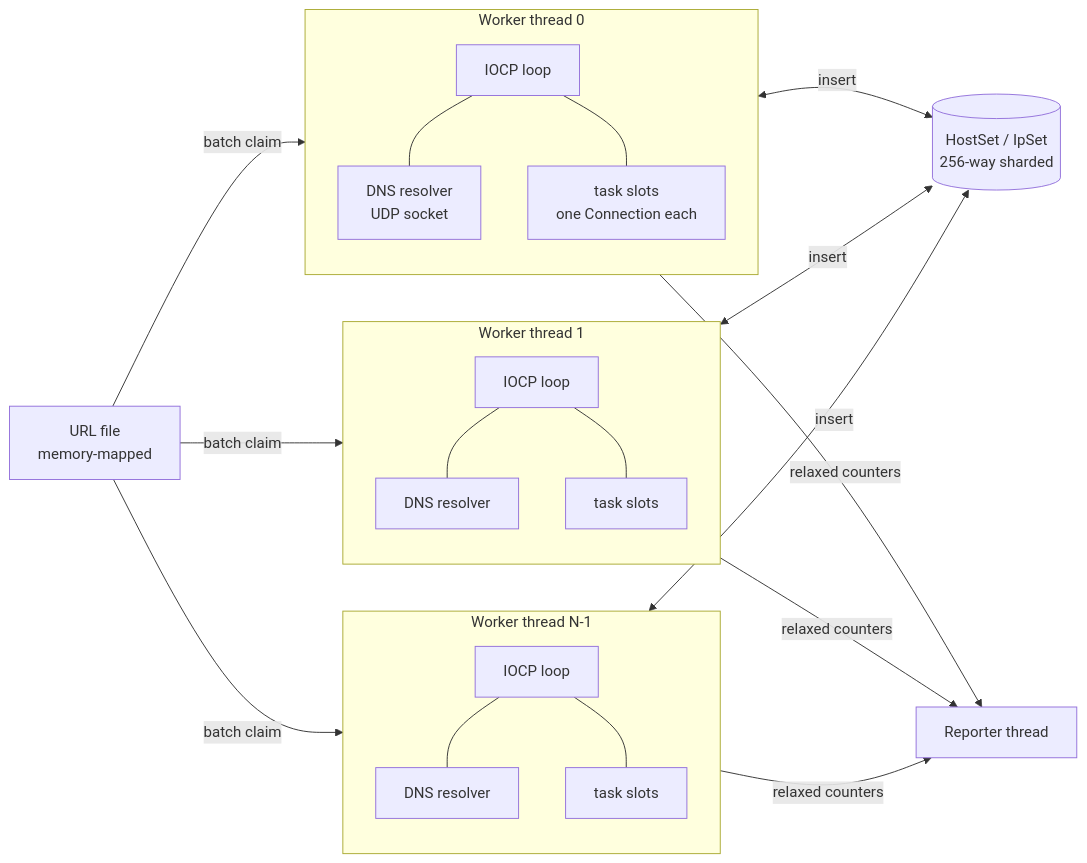
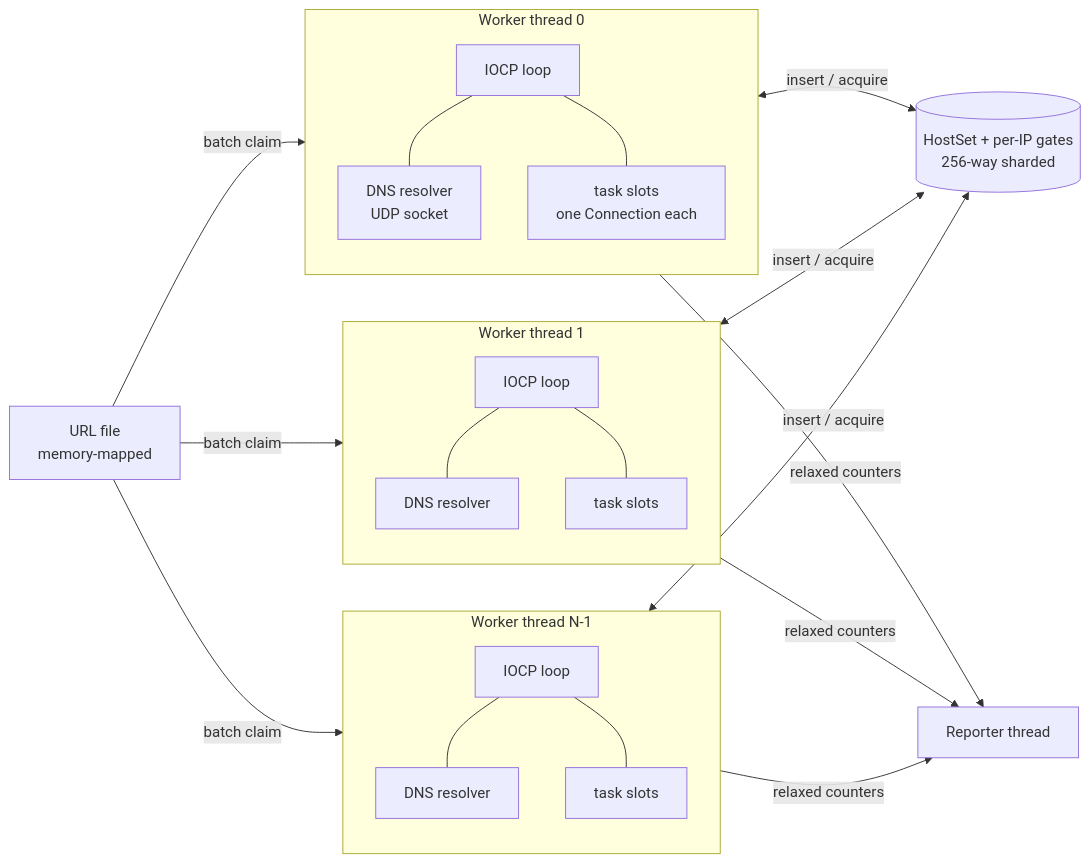
The diagram in docs/design.md (contrafy/win-crawl), drawn with Mermaid before and after one commit. The commit also changed other lines of this file and 1 other file, not shown here.

````diff
--- a/docs/design.md
+++ b/docs/design.md
@@ -41,20 +41,20 @@
 ```mermaid
 flowchart LR
     F[URL file<br/>memory-mapped] -->|batch claim| W0
     F -->|batch claim| W1
     F -->|batch claim| Wn
     subgraph W0[Worker thread 0]
         L0[IOCP loop] --- R0[DNS resolver<br/>UDP socket]
         L0 --- T0[task slots<br/>one Connection each]
     end
     subgraph W1[Worker thread 1]
         L1[IOCP loop] --- R1[DNS resolver]
         L1 --- T1[task slots]
     end
     subgraph Wn[Worker thread N-1]
         Ln[IOCP loop] --- Rn[DNS resolver]
         Ln --- Tn[task slots]
     end
-    W0 & W1 & Wn <-->|insert| D[(HostSet / IpSet<br/>256-way sharded)]
+    W0 & W1 & Wn <-->|insert / acquire| D[(HostSet + per-IP gates<br/>256-way sharded)]
     W0 & W1 & Wn -->|relaxed counters| S[Reporter thread]
 ```
````
